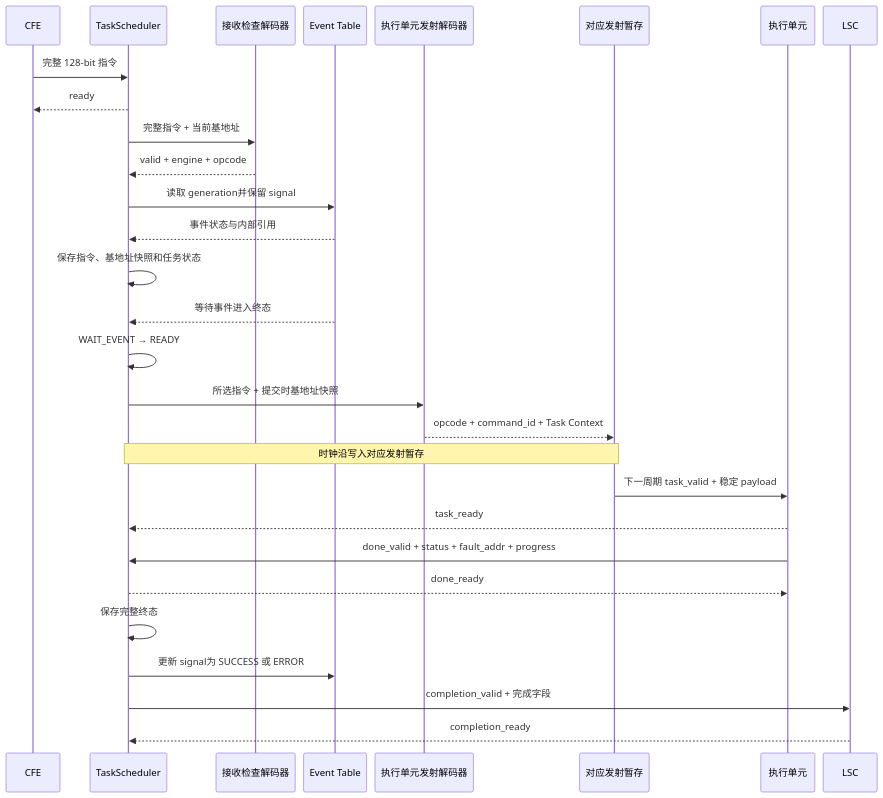
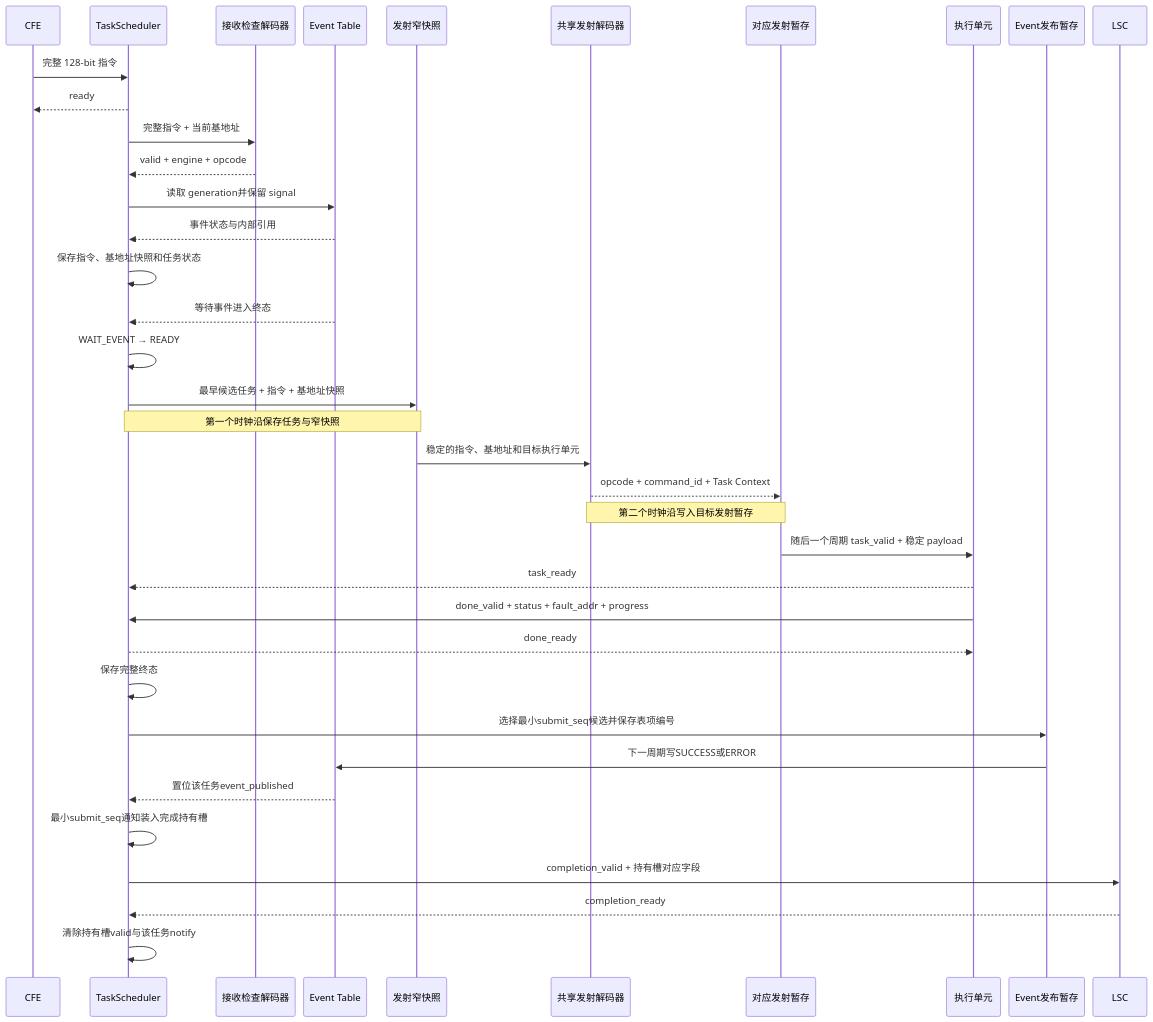
One commit to Little-W/Obsidian changed the sixth of 19 diagrams in NPU/NPU 指令与硬件架构设计 Spec.md. Above: the diagram before and after it, drawn with Mermaid. The commit also changed other lines of this file and 90 other files, not shown here.

````diff
--- a/NPU/NPU 指令与硬件架构设计 Spec.md
+++ b/NPU/NPU 指令与硬件架构设计 Spec.md
@@ -1823,33 +1851,41 @@
 ```mermaid
 %%{init: {"sequence": {"useMaxWidth": true, "actorMargin": 14, "width": 90, "messageMargin": 10, "noteMargin": 6}, "themeVariables": {"fontSize": "11px"}}}%%
 sequenceDiagram
     participant CFE
     participant TS as TaskScheduler
     participant CHECK as 接收检查解码器
     participant EVT as Event Table
-    participant DEC as 执行单元发射解码器
+    participant SNAP as 发射窄快照
+    participant DEC as 共享发射解码器
     participant STG as 对应发射暂存
     participant ENG as 执行单元
+    participant PUB as Event发布暂存
     participant LSC
 
     CFE->>TS: 完整 128-bit 指令
     TS-->>CFE: ready
     TS->>CHECK: 完整指令 + 当前基地址
     CHECK-->>TS: valid + engine + opcode
     TS->>EVT: 读取 generation并保留 signal
     EVT-->>TS: 事件状态与内部引用
     TS->>TS: 保存指令、基地址快照和任务状态
     EVT-->>TS: 等待事件进入终态
     TS->>TS: WAIT_EVENT → READY
-    TS->>DEC: 所选指令 + 提交时基地址快照
+    TS->>SNAP: 最早候选任务 + 指令 + 基地址快照
+    Note over TS,SNAP: 第一个时钟沿保存任务与窄快照
+    SNAP->>DEC: 稳定的指令、基地址和目标执行单元
     DEC-->>STG: opcode + command_id + Task Context
-    Note over TS,STG: 时钟沿写入对应发射暂存
-    STG->>ENG: 下一周期 task_valid + 稳定 payload
+    Note over DEC,STG: 第二个时钟沿写入目标发射暂存
+    STG->>ENG: 随后一个周期 task_valid + 稳定 payload
     ENG-->>TS: task_ready
     ENG->>TS: done_valid + status + fault_addr + progress
     TS-->>ENG: done_ready
     TS->>TS: 保存完整终态
-    TS->>EVT: 更新 signal为 SUCCESS 或 ERROR
-    TS->>LSC: completion_valid + 完成字段
+    TS->>PUB: 选择最小submit_seq候选并保存表项编号
+    PUB->>EVT: 下一周期写SUCCESS或ERROR
+    EVT-->>TS: 置位该任务event_published
+    TS->>TS: 最小submit_seq通知装入完成持有槽
+    TS->>LSC: completion_valid + 持有槽对应字段
     LSC-->>TS: completion_ready
+    TS->>TS: 清除持有槽valid与该任务notify
 ```
````
